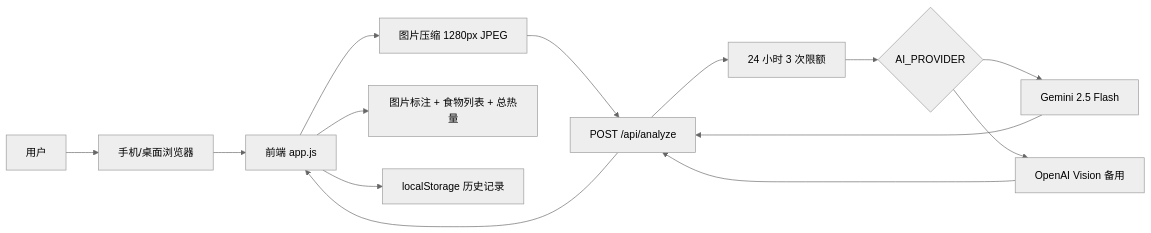
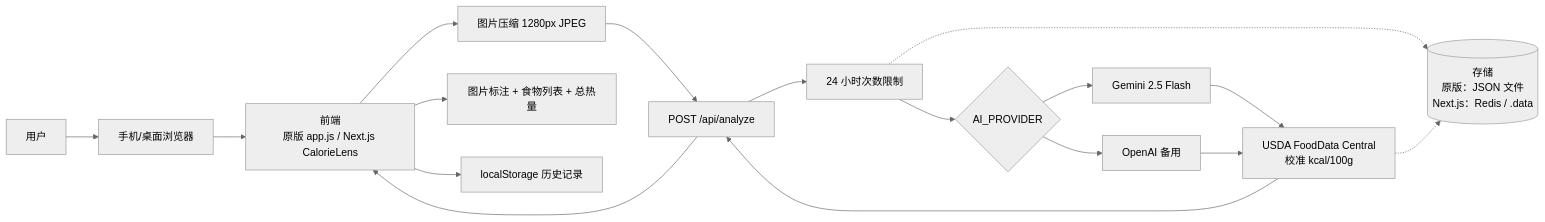
One commit to HelenCai7/calorie-lens changed the diagram in docs/development.md. Above: the diagram before and after it, drawn with Mermaid (neutral theme). The commit also changed other lines of this file and 25 other files, not shown here.

````diff
--- a/docs/development.md
+++ b/docs/development.md
@@ -37,16 +70,19 @@
 ```mermaid
 flowchart LR
   User["用户"] --> Browser["手机/桌面浏览器"]
-  Browser --> Frontend["前端 app.js"]
+  Browser --> Frontend["前端<br/>原版 app.js / Next.js CalorieLens"]
   Frontend --> Compress["图片压缩 1280px JPEG"]
   Compress --> API["POST /api/analyze"]
-  API --> Limit["24 小时 3 次限额"]
+  API --> Limit["24 小时次数限制"]
   Limit --> Provider{"AI_PROVIDER"}
   Provider --> Gemini["Gemini 2.5 Flash"]
-  Provider --> OpenAI["OpenAI Vision 备用"]
-  Gemini --> API
-  OpenAI --> API
+  Provider --> OpenAI["OpenAI 备用"]
+  Gemini --> USDA["USDA FoodData Central<br/>校准 kcal/100g"]
+  OpenAI --> USDA
+  USDA --> API
+  Limit -.-> Store[("存储<br/>原版：JSON 文件<br/>Next.js：Redis / .data")]
+  USDA -.-> Store
   API --> Frontend
   Frontend --> UI["图片标注 + 食物列表 + 总热量"]
   Frontend --> LocalStorage["localStorage 历史记录"]
 ```
````
